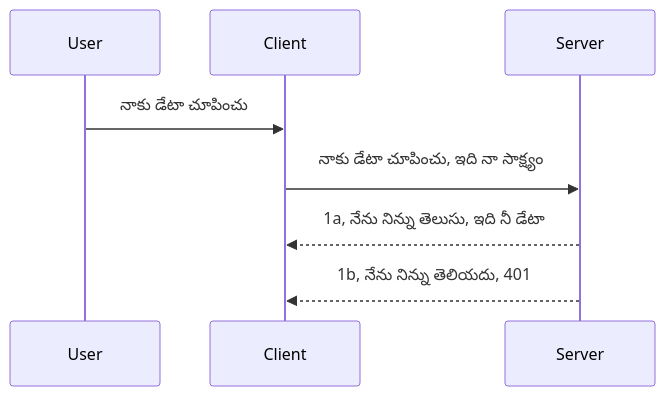
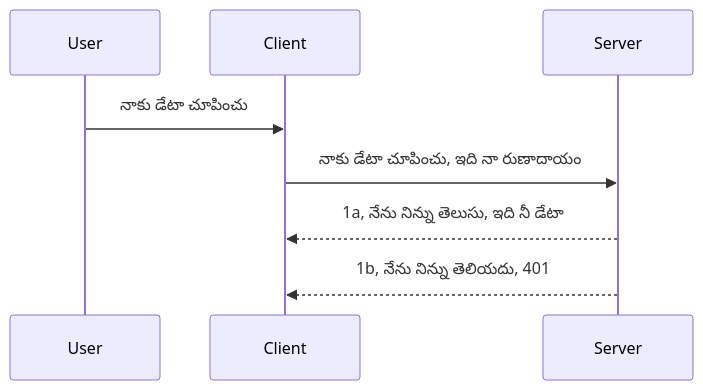
Before and after one commit to Mu-L/mcp-for-beginners: the diagram in translations/te/03-GettingStarted/11-simple-auth/README.md, drawn with Mermaid. The commit also changed other lines of this file and 110 other files, not shown here.

````diff
--- a/translations/te/03-GettingStarted/11-simple-auth/README.md
+++ b/translations/te/03-GettingStarted/11-simple-auth/README.md
@@ -24,11 +24,11 @@
 ```mermaid
 sequenceDiagram
    participant User
    participant Client
    participant Server
 
    User->>Client: నాకు డేటా చూపించు
-   Client->>Server: నాకు డేటా చూపించు, ఇది నా సాక్ష్యం
+   Client->>Server: నాకు డేటా చూపించు, ఇది నా రుణాదాయం
    Server-->>Client: 1a, నేను నిన్ను తెలుసు, ఇది నీ డేటా
    Server-->>Client: 1b, నేను నిన్ను తెలియదు, 401 
 ```
````
